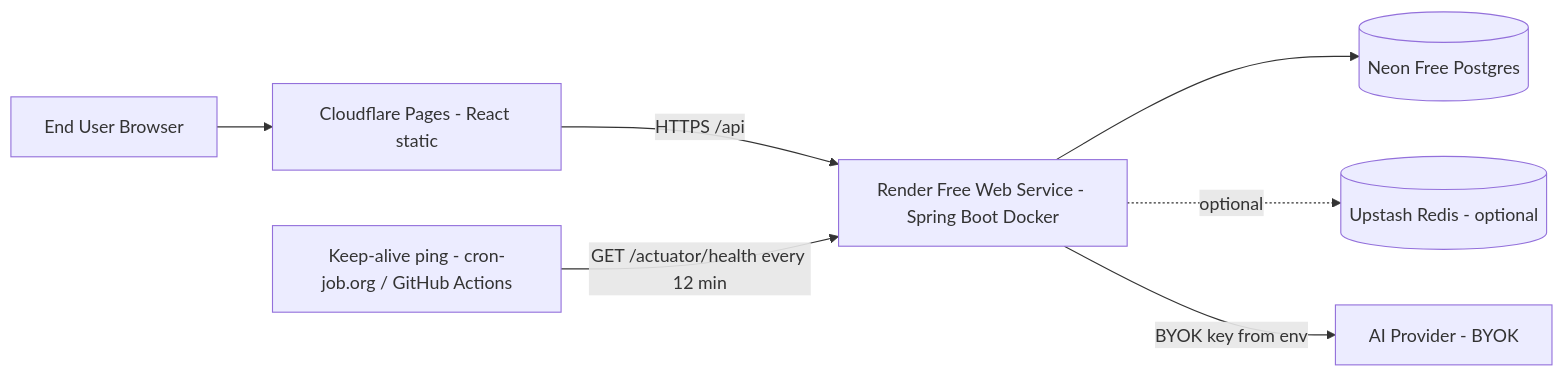
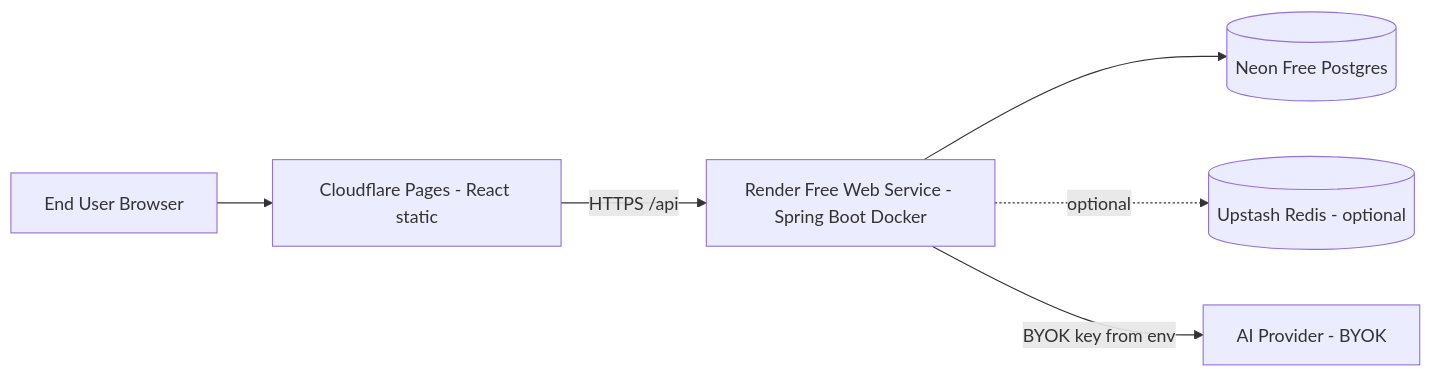
One commit to Praciller/opspulse-ai changed the first of 2 diagrams in docs/DEPLOYMENT.md. Above: the diagram before and after it, drawn with Mermaid. The commit also changed other lines of this file and 14 other files, not shown here.

First line of the commit message:
docs: phase handoffs, roadmap, ADR updates, and fullstack profile

````diff
--- a/docs/DEPLOYMENT.md
+++ b/docs/DEPLOYMENT.md
@@ -16,17 +16,15 @@
 ```mermaid
 flowchart LR
     User[End User Browser]
     Pages[Cloudflare Pages - React static]
     Render[Render Free Web Service - Spring Boot Docker]
     Neon[(Neon Free Postgres)]
     Upstash[(Upstash Redis - optional)]
     AI[AI Provider - BYOK]
-    KeepAlive[Keep-alive ping - cron-job.org / GitHub Actions]
 
     User --> Pages
     Pages -->|HTTPS /api| Render
     Render --> Neon
     Render -.optional.-> Upstash
     Render -->|BYOK key from env| AI
-    KeepAlive -->|GET /actuator/health every 12 min| Render
 ```
````
